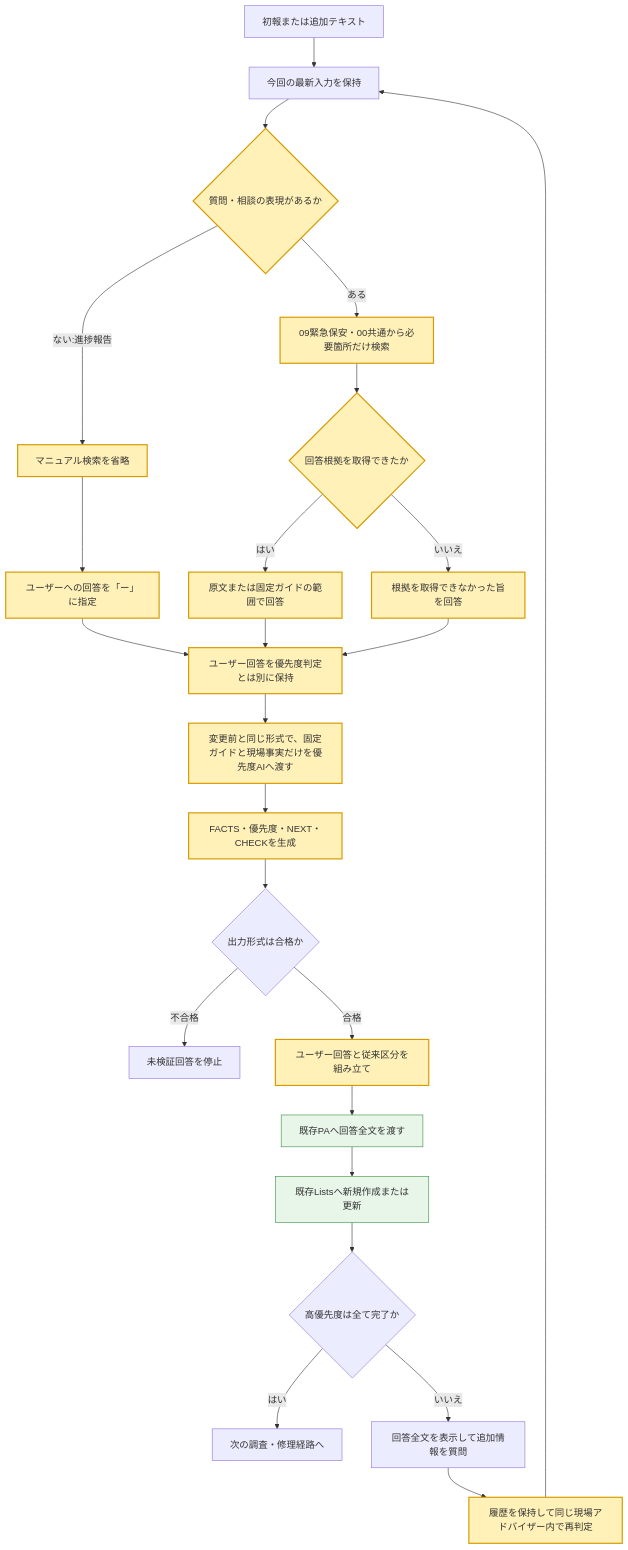
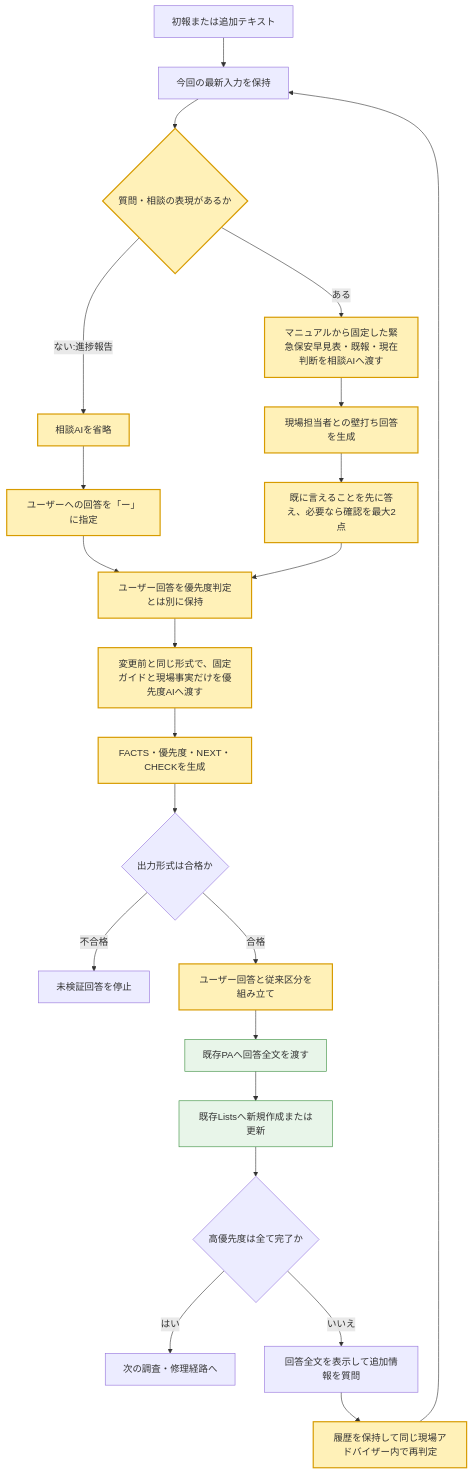
Before and after one commit to skuall555/TEST_COPA: the third of 6 diagrams in FIELD_CONSULT_IMAGE_FAST_20261116/変更前後フロー.md, drawn with Mermaid. The commit also changed other lines of this file and 16 other files, not shown here.

````diff
--- a/FIELD_CONSULT_IMAGE_FAST_20261116/変更前後フロー.md
+++ b/FIELD_CONSULT_IMAGE_FAST_20261116/変更前後フロー.md
@@ -64,31 +64,29 @@
 ```mermaid
 flowchart TD
     A[初報または追加テキスト] --> B[今回の最新入力を保持]
     B --> C{質問・相談の表現があるか}
-    C -- ない:進捗報告 --> D[マニュアル検索を省略]
+    C -- ない:進捗報告 --> D[相談AIを省略]
     D --> E[ユーザーへの回答を「ー」に指定]
-    C -- ある --> F[09緊急保安・00共通から必要箇所だけ検索]
-    F --> G{回答根拠を取得できたか}
-    G -- はい --> H[原文または固定ガイドの範囲で回答]
-    G -- いいえ --> I[根拠を取得できなかった旨を回答]
+    C -- ある --> F[マニュアルから固定した緊急保安早見表・既報・現在判断を相談AIへ渡す]
+    F --> G[現場担当者との壁打ち回答を生成]
+    G --> H[既に言えることを先に答え、必要なら確認を最大2点]
     E --> J[ユーザー回答を優先度判定とは別に保持]
     H --> J
-    I --> J
     J --> K[変更前と同じ形式で、固定ガイドと現場事実だけを優先度AIへ渡す]
     K --> U[FACTS・優先度・NEXT・CHECKを生成]
     U --> L{出力形式は合格か}
     L -- 不合格 --> M[未検証回答を停止]
     L -- 合格 --> N[ユーザー回答と従来区分を組み立て]
     N --> O[既存PAへ回答全文を渡す]
     O --> P[既存Listsへ新規作成または更新]
     P --> Q{高優先度は全て完了か}
     Q -- はい --> R[次の調査・修理経路へ]
     Q -- いいえ --> S[回答全文を表示して追加情報を質問]
     S --> T[履歴を保持して同じ現場アドバイザー内で再判定]
     T --> B
 
     classDef new fill:#fff1b8,stroke:#d79b00,stroke-width:2px;
     classDef same fill:#e8f5e9,stroke:#388e3c;
     class C,D,E,F,G,H,I,J,K,U,N,T new;
     class O,P same;
 ```
````
